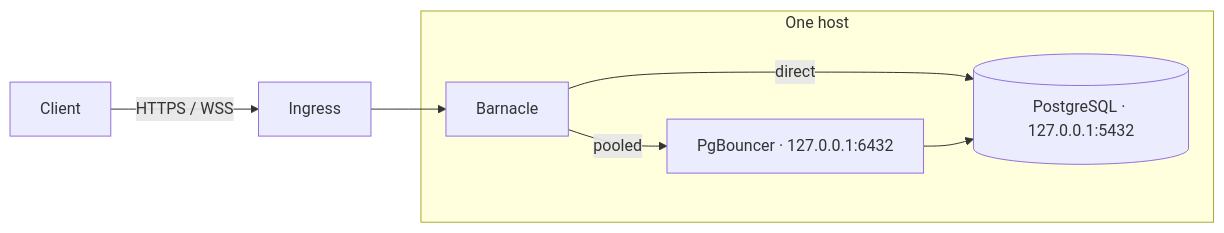
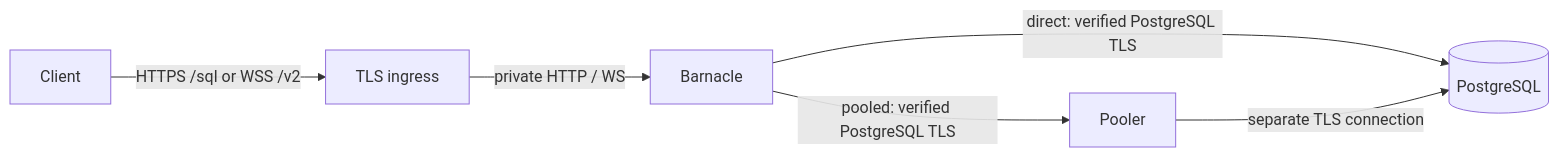
One commit to proddata/barnacle changed the second of 3 diagrams in docs/deployment.md. Above: the diagram before and after it, drawn with Mermaid. The commit also changed other lines of this file and 35 other files, not shown here.

````diff
--- a/docs/deployment.md
+++ b/docs/deployment.md
@@ -13,13 +53,8 @@
 ```mermaid
 flowchart LR
-    C[Client] -->|HTTPS / WSS| I[Ingress]
-    subgraph S[One host]
-        H[Barnacle]
-        B[PgBouncer · 127.0.0.1:6432]
-        P[(PostgreSQL · 127.0.0.1:5432)]
-        H -->|direct| P
-        H -->|pooled| B
-        B --> P
-    end
-    I --> H
+    C[Client] -->|HTTPS /sql or WSS /v2| I[TLS ingress]
+    I -->|private HTTP / WS| B[Barnacle]
+    B -->|direct: verified PostgreSQL TLS| P[(PostgreSQL)]
+    B -->|pooled: verified PostgreSQL TLS| Q[Pooler]
+    Q -->|separate TLS connection| P
 ```
````
